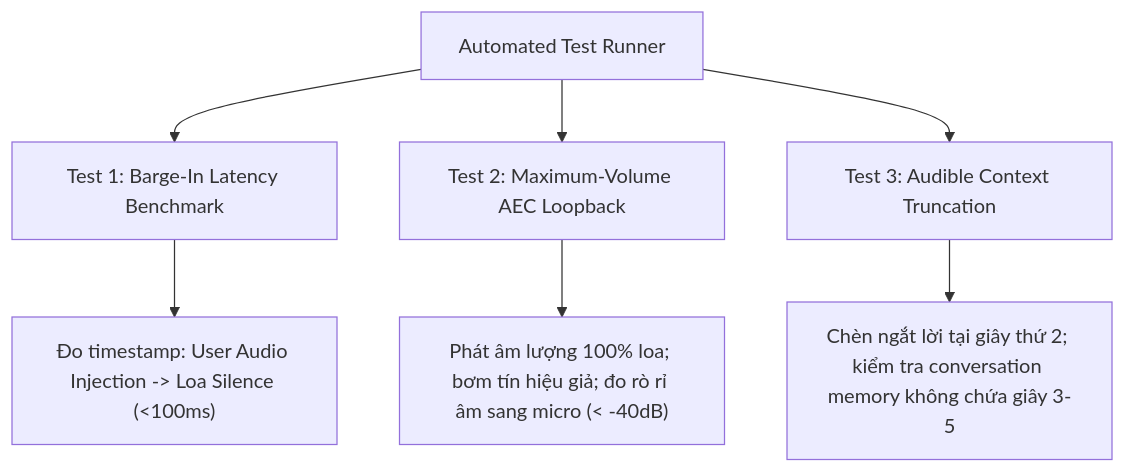
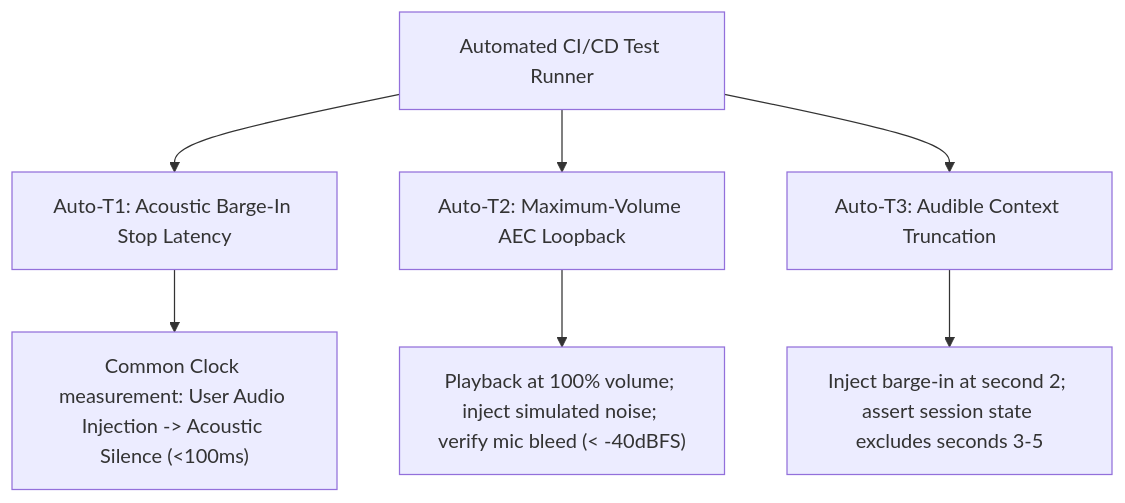
One commit to jangtrinh/design-os-voice-ux changed the second of 2 diagrams in 06-checklists-and-heuristics/usability-testing-protocol.md. Above: the diagram before and after it, drawn with Mermaid. The commit also changed other lines of this file and 41 other files, not shown here.

````diff
--- a/06-checklists-and-heuristics/usability-testing-protocol.md
+++ b/06-checklists-and-heuristics/usability-testing-protocol.md
@@ -85,10 +85,10 @@
 ```mermaid
 graph TD
-    CI[Automated Test Runner] --> T1[Test 1: Barge-In Latency Benchmark]
-    CI --> T2[Test 2: Maximum-Volume AEC Loopback]
-    CI --> T3[Test 3: Audible Context Truncation]
+    CI[Automated CI/CD Test Runner] --> T1[Auto-T1: Acoustic Barge-In Stop Latency]
+    CI --> T2[Auto-T2: Maximum-Volume AEC Loopback]
+    CI --> T3[Auto-T3: Audible Context Truncation]
 
-    T1 --> R1["Đo timestamp: User Audio Injection -> Loa Silence (<100ms)"]
-    T2 --> R2["Phát âm lượng 100% loa; bơm tín hiệu giả; đo rò rỉ âm sang micro (< -40dB)"]
-    T3 --> R3["Chèn ngắt lời tại giây thứ 2; kiểm tra conversation memory không chứa giây 3-5"]
+    T1 --> R1["Common Clock measurement: User Audio Injection -> Acoustic Silence (<100ms)"]
+    T2 --> R2["Playback at 100% volume; inject simulated noise; verify mic bleed (< -40dBFS)"]
+    T3 --> R3["Inject barge-in at second 2; assert session state excludes seconds 3-5"]
 ```
````
